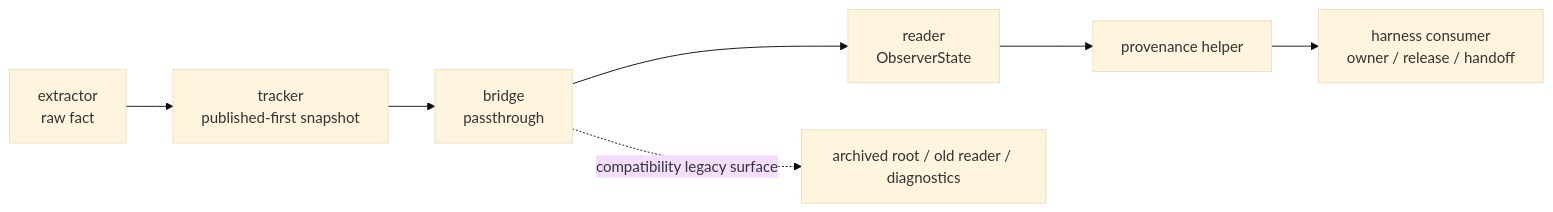
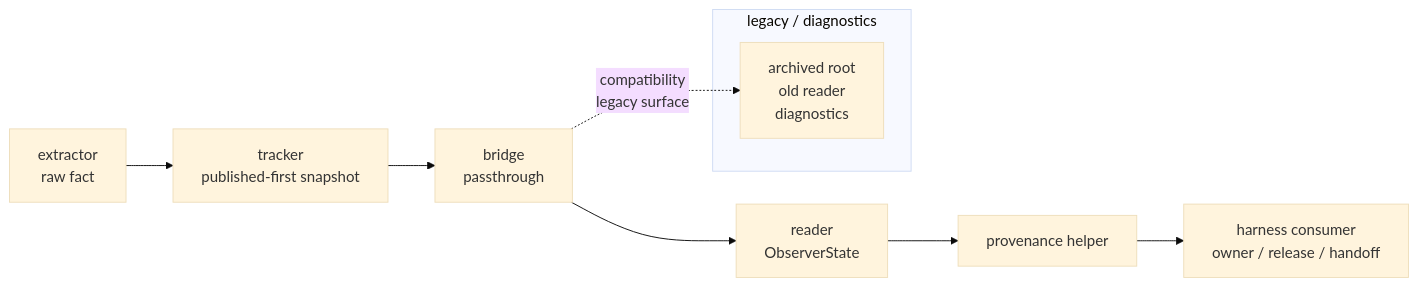
One commit to jidon333/STS2_Mod_AI_Companion changed the fourth of 4 diagrams in docs/reference/harness/GUI_SMOKE_HARNESS_OBSERVER_STACK_KO.md. Above: the diagram before and after it, drawn with Mermaid (base theme). The commit also changed other lines of this file and 4 other files, not shown here.

Commit message:
Improve Mermaid readability in harness docs

````diff
--- a/docs/reference/harness/GUI_SMOKE_HARNESS_OBSERVER_STACK_KO.md
+++ b/docs/reference/harness/GUI_SMOKE_HARNESS_OBSERVER_STACK_KO.md
@@ -120,10 +120,14 @@
 ```mermaid
 flowchart LR
     A["extractor<br/>raw fact"] --> B["tracker<br/>published-first snapshot"]
     B --> C["bridge<br/>passthrough"]
     C --> D["reader<br/>ObserverState"]
     D --> E["provenance helper"]
     E --> F["harness consumer<br/>owner / release / handoff"]
 
-    C -. compatibility legacy surface .-> G["archived root / old reader / diagnostics"]
+    subgraph LEG["legacy / diagnostics"]
+        G["archived root<br/>old reader<br/>diagnostics"]
+    end
+
+    C -. compatibility<br/>legacy surface .-> G
 ```
````
